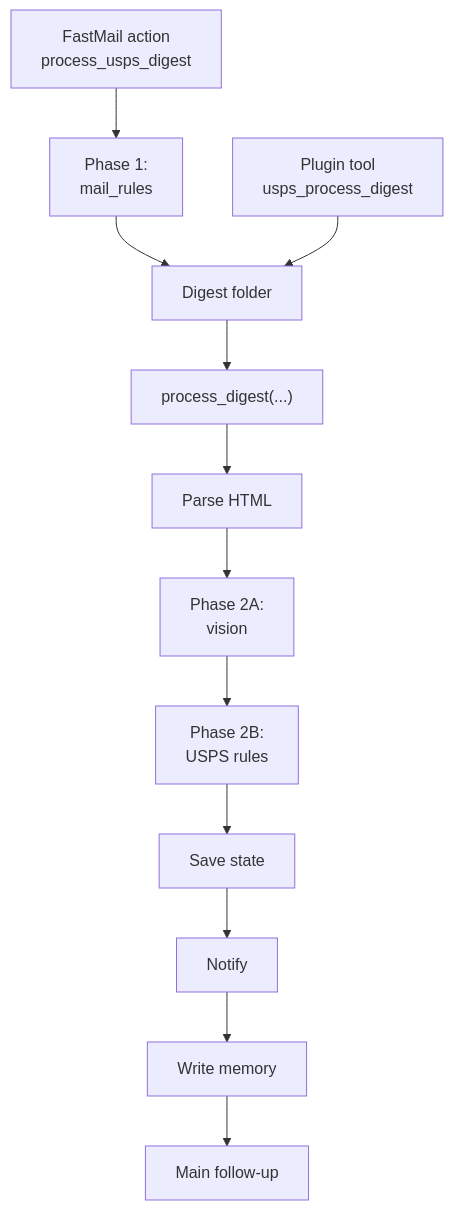
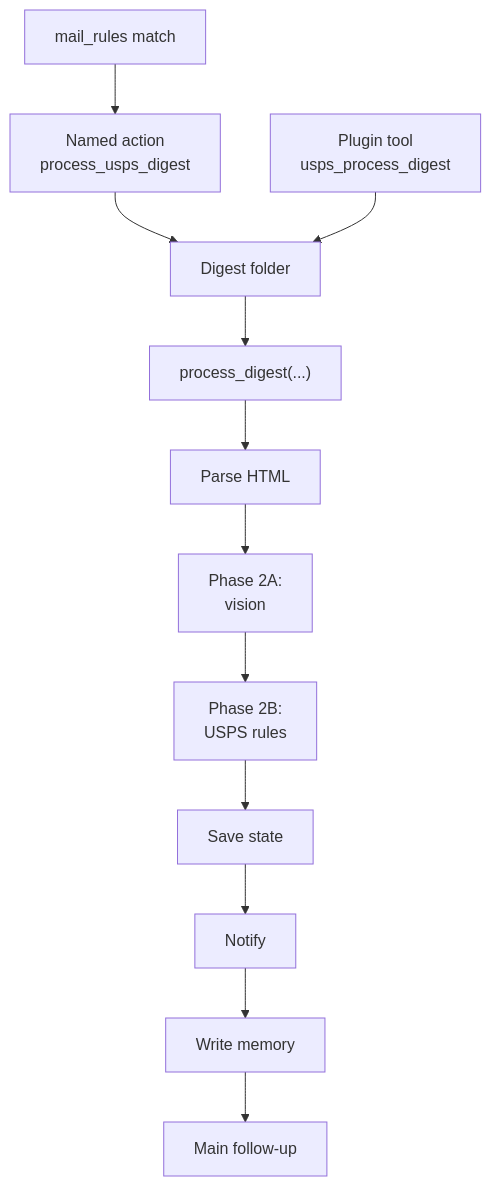
Before and after one commit to JeffSteinbok/octo-docs: the diagram in docs/services/shared-mail-runtime-usps.md, drawn with Mermaid. The commit also changed other lines of this file and 1 other file, not shown here.

Commit message:
docs: refresh USPS runtime pages

````diff
--- a/docs/services/shared-mail-runtime-usps.md
+++ b/docs/services/shared-mail-runtime-usps.md
@@ -26,22 +26,22 @@
 ```mermaid
 flowchart TD
-    fastmail["FastMail action<br/>process_usps_digest"]
+    rule["mail_rules match"]
+    action["Named action<br/>process_usps_digest"]
     plugin["Plugin tool<br/>usps_process_digest"]
     folder["Digest folder"]
     pipeline["process_digest(...)"]
 
-    match["Phase 1:<br/>mail_rules"]
     parse["Parse HTML"]
     vision["Phase 2A:<br/>vision"]
     rules["Phase 2B:<br/>USPS rules"]
     history["Save state"]
     notify["Notify"]
     memory["Write memory"]
     handoff["Main follow-up"]
 
-    fastmail --> match --> folder
+    rule --> action --> folder
     plugin --> folder
     folder --> pipeline
     pipeline --> parse --> vision --> rules --> history --> notify --> memory
     memory --> handoff
 ```
````
